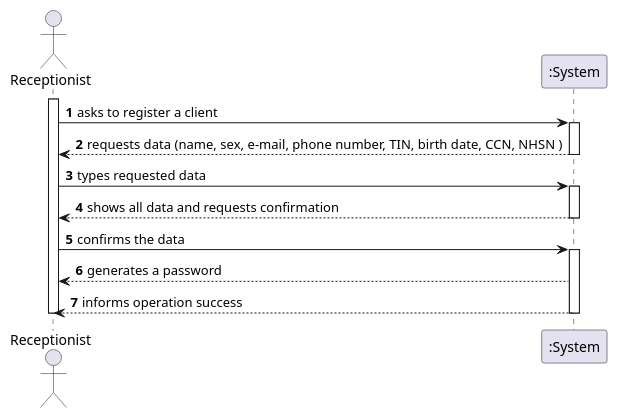
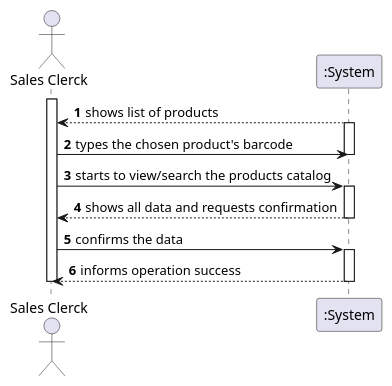
The diagram in docs/Sprint2/US1002/US1002_SSD.puml (marttuga/LAPR4-SmartSystems), drawn with PlantUML before and after one commit. The commit also changed 7 other files, not shown here.

```diff
--- a/docs/Sprint2/US1002/US1002_SSD.puml
+++ b/docs/Sprint2/US1002/US1002_SSD.puml
@@ -1,25 +1,27 @@
 @startuml
 autonumber
-actor "Receptionist" as Receptionist
+actor "Sales Clerck" as SC
 
-activate Receptionist
-Receptionist -> ":System" : asks to register a client
+activate SC
+
+":System" --> SC : shows list of products
 activate ":System"
-":System" --> Receptionist : requests data (name, sex, e-mail, phone number, TIN, birth date, CCN, NHSN )
+
+SC -> ":System" : types the chosen product's barcode
 deactivate ":System"
 
-Receptionist -> ":System" : types requested data
+SC -> ":System" : starts to view/search the products catalog
 activate ":System"
-":System" --> Receptionist : shows all data and requests confirmation
+
+":System" --> SC :shows all data and requests confirmation
+deactivate ":System"
+SC -> ":System" : confirms the data
+
+activate ":System"
+":System" --> SC : informs operation success
 deactivate ":System"
 
-Receptionist -> ":System" : confirms the data
-activate ":System"
-
-":System" --> Receptionist : generates a password
-
-":System" --> Receptionist : informs operation success
 deactivate ":System"
-deactivate Receptionist
+deactivate SC
 
 @enduml
```
